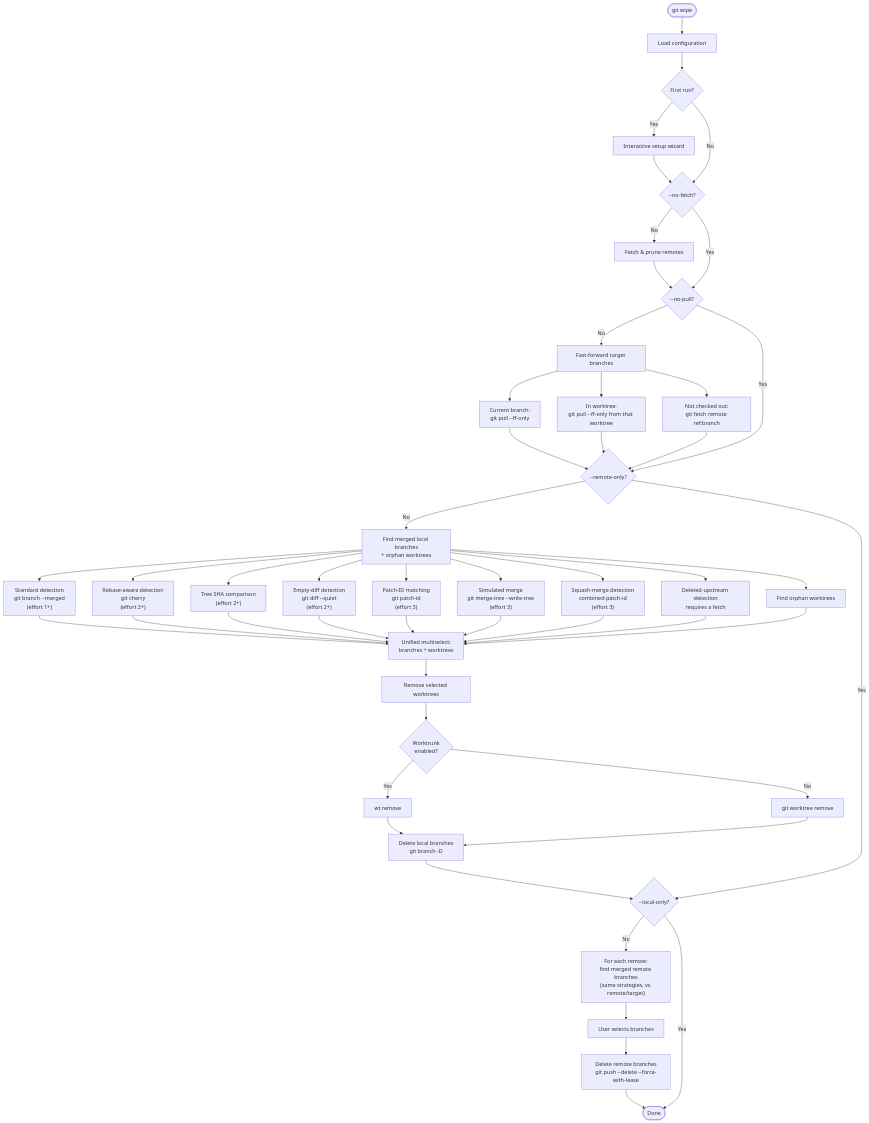
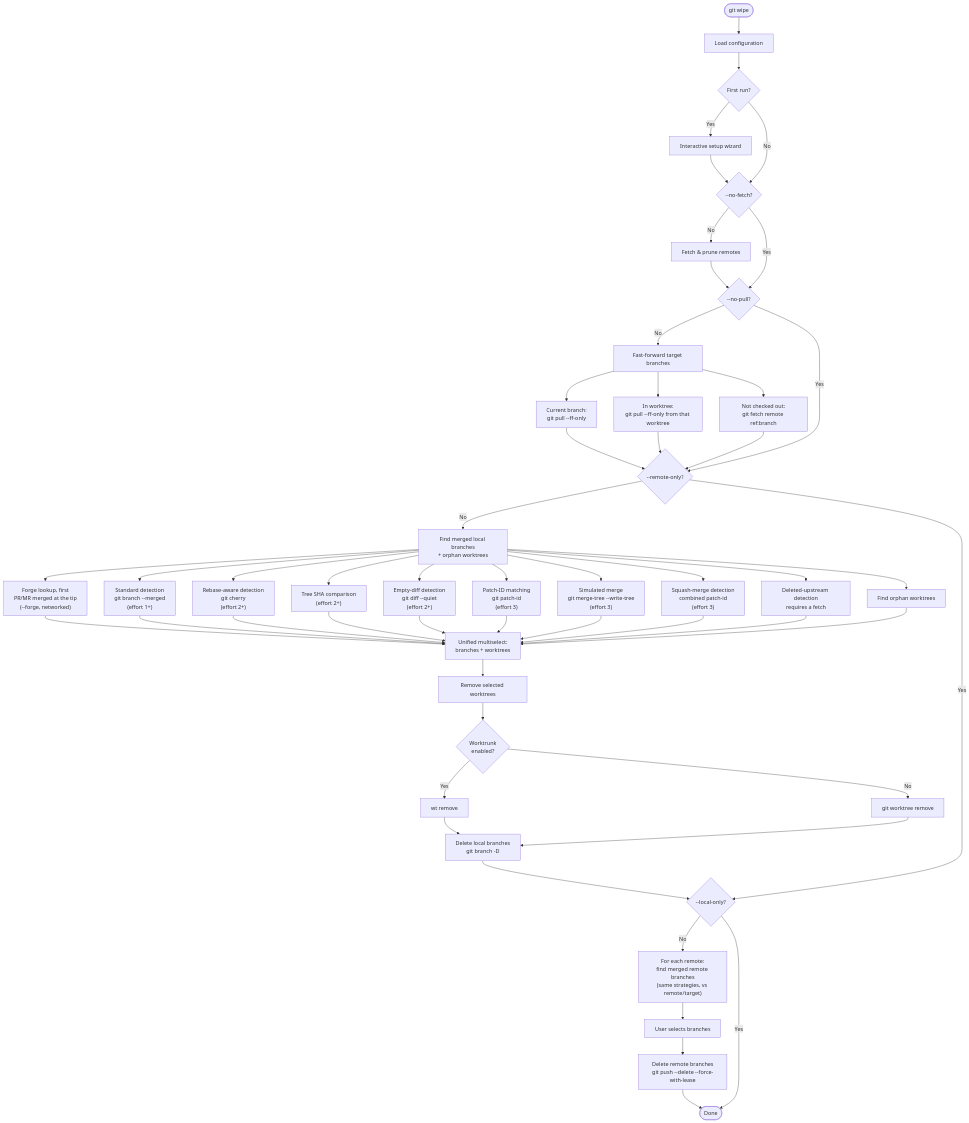
The diagram in README.md (noirbizarre/git-wipe), drawn with Mermaid before and after one commit. The commit also changed other lines of this file and 20 other files, not shown here.

````diff
--- a/README.md
+++ b/README.md
@@ -615,61 +704,63 @@
 ```mermaid
 flowchart TD
     Start([git wipe]) --> LoadConfig[Load configuration]
     LoadConfig --> FirstRun{First run?}
     FirstRun -- Yes --> Setup[Interactive setup wizard]
     Setup --> FetchCheck
     FirstRun -- No --> FetchCheck
 
     FetchCheck{--no-fetch?}
     FetchCheck -- No --> Fetch[Fetch & prune remotes]
     Fetch --> PullCheck
     FetchCheck -- Yes --> PullCheck
 
     PullCheck{--no-pull?}
     PullCheck -- No --> Pull[Fast-forward target branches]
     Pull --> PullCurrent[Current branch:\ngit pull --ff-only]
     Pull --> PullWT[In worktree:\ngit pull --ff-only from that worktree]
     Pull --> PullFetch[Not checked out:\ngit fetch remote ref:branch]
     PullCurrent --> LocalCheck
     PullWT --> LocalCheck
     PullFetch --> LocalCheck
     PullCheck -- Yes --> LocalCheck
 
     LocalCheck{--remote-only?}
     LocalCheck -- No --> FindLocal[Find merged local branches\n+ orphan worktrees]
+    FindLocal --> ForgeAsk["Forge lookup, first\nPR/MR merged at the tip\n(--forge, networked)"]
     FindLocal --> Merged["Standard detection\ngit branch --merged\n(effort 1+)"]
     FindLocal --> Cherry["Rebase-aware detection\ngit cherry\n(effort 2+)"]
     FindLocal --> TreeSHA["Tree SHA comparison\n(effort 2+)"]
     FindLocal --> EmptyDiff["Empty-diff detection\ngit diff --quiet\n(effort 2+)"]
     FindLocal --> PatchID["Patch-ID matching\ngit patch-id\n(effort 3)"]
     FindLocal --> SimMerge["Simulated merge\ngit merge-tree --write-tree\n(effort 3)"]
     FindLocal --> Squash["Squash-merge detection\ncombined patch-id\n(effort 3)"]
     FindLocal --> GoneUpstream[Deleted-upstream detection\nrequires a fetch]
     FindLocal --> Orphans[Find orphan worktrees]
+    ForgeAsk --> SelectLocal
     Merged --> SelectLocal[Unified multiselect:\nbranches + worktrees]
     Cherry --> SelectLocal
     TreeSHA --> SelectLocal
     EmptyDiff --> SelectLocal
     PatchID --> SelectLocal
     SimMerge --> SelectLocal
     Squash --> SelectLocal
     GoneUpstream --> SelectLocal
     Orphans --> SelectLocal
     SelectLocal --> RemoveWT[Remove selected worktrees]
     RemoveWT --> UseWT{Worktrunk\nenabled?}
     UseWT -- Yes --> WTRemove[wt remove]
     UseWT -- No --> GitWTRemove[git worktree remove]
     WTRemove --> DeleteLocal[Delete local branches\ngit branch -D]
     GitWTRemove --> DeleteLocal
     DeleteLocal --> RemoteCheck
     LocalCheck -- Yes --> RemoteCheck
 
     RemoteCheck{--local-only?}
     RemoteCheck -- No --> FindRemote["For each remote:\nfind merged remote branches\n(same strategies, vs remote/target)"]
     FindRemote --> SelectRemote[User selects branches]
     SelectRemote --> DeleteRemote[Delete remote branches\ngit push --delete --force-with-lease]
     DeleteRemote --> Done
     RemoteCheck -- Yes --> Done
 
     Done([Done])
 ```
````
